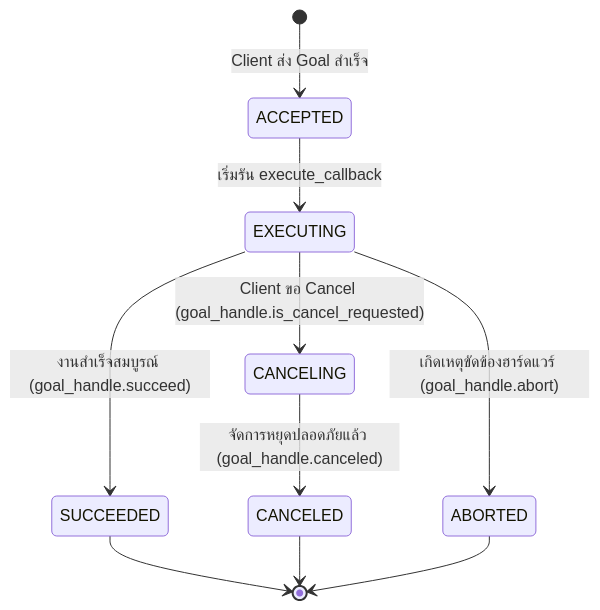
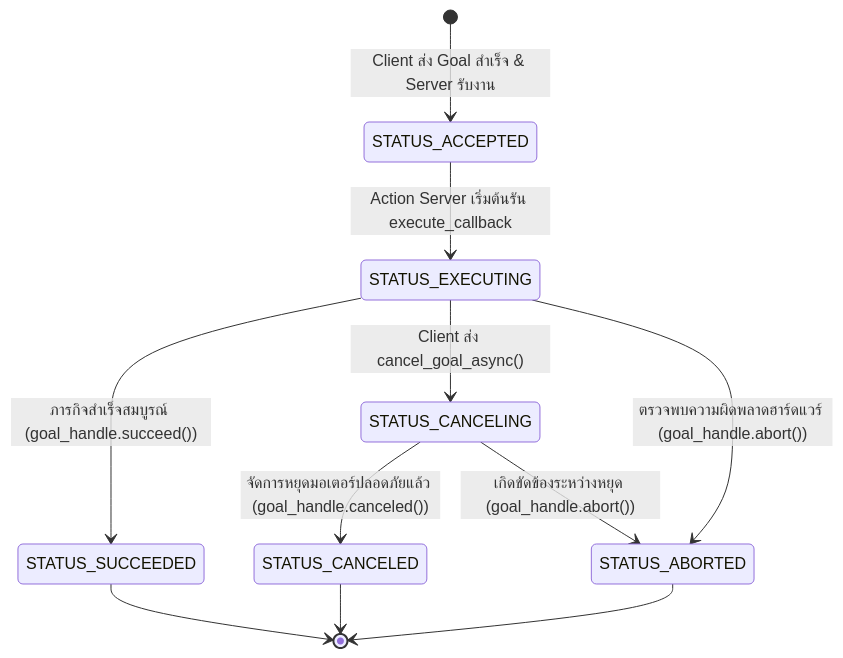
The third of 3 diagrams in Essential_ROS/Week_04_Actions_Preemption/Readme.md (alfaXphoori/ros2), drawn with Mermaid before and after one commit. The commit also changed other lines of this file and 15 other files, not shown here.

````diff
--- a/Essential_ROS/Week_04_Actions_Preemption/Readme.md
+++ b/Essential_ROS/Week_04_Actions_Preemption/Readme.md
@@ -86,12 +157,16 @@
 ```mermaid
 stateDiagram-v2
-    [*] --> ACCEPTED : Client ส่ง Goal สำเร็จ
-    ACCEPTED --> EXECUTING : เริ่มรัน execute_callback
-    EXECUTING --> SUCCEEDED : งานสำเร็จสมบูรณ์ (goal_handle.succeed)
-    EXECUTING --> CANCELING : Client ขอ Cancel (goal_handle.is_cancel_requested)
-    CANCELING --> CANCELED : จัดการหยุดปลอดภัยแล้ว (goal_handle.canceled)
-    EXECUTING --> ABORTED : เกิดเหตุขัดข้องฮาร์ดแวร์ (goal_handle.abort)
-    SUCCEEDED --> [*]
-    CANCELED --> [*]
-    ABORTED --> [*]
+    [*] --> STATUS_ACCEPTED : Client ส่ง Goal สำเร็จ & Server รับงาน
+    STATUS_ACCEPTED --> STATUS_EXECUTING : Action Server เริ่มต้นรัน execute_callback
+    
+    STATUS_EXECUTING --> STATUS_SUCCEEDED : ภารกิจสำเร็จสมบูรณ์ (goal_handle.succeed())
+    STATUS_EXECUTING --> STATUS_CANCELING : Client ส่ง cancel_goal_async()
+    STATUS_EXECUTING --> STATUS_ABORTED : ตรวจพบความผิดพลาดฮาร์ดแวร์ (goal_handle.abort())
+    
+    STATUS_CANCELING --> STATUS_CANCELED : จัดการหยุดมอเตอร์ปลอดภัยแล้ว (goal_handle.canceled())
+    STATUS_CANCELING --> STATUS_ABORTED : เกิดขัดข้องระหว่างหยุด (goal_handle.abort())
+    
+    STATUS_SUCCEEDED --> [*]
+    STATUS_CANCELED --> [*]
+    STATUS_ABORTED --> [*]
 ```
````
